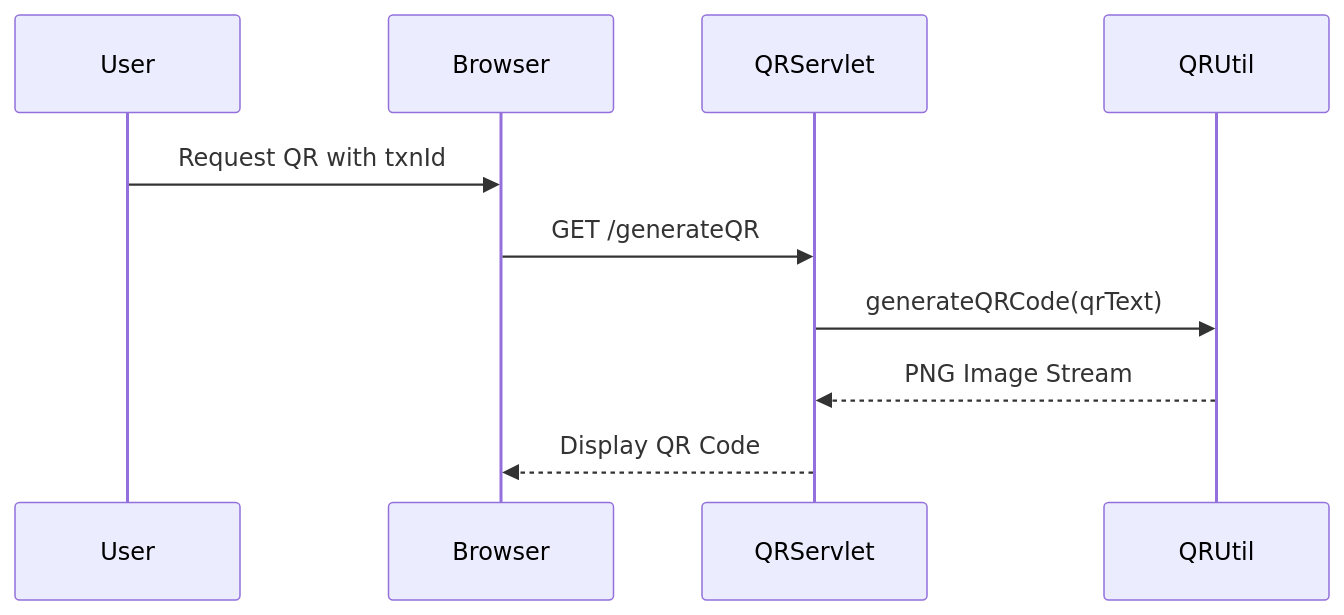
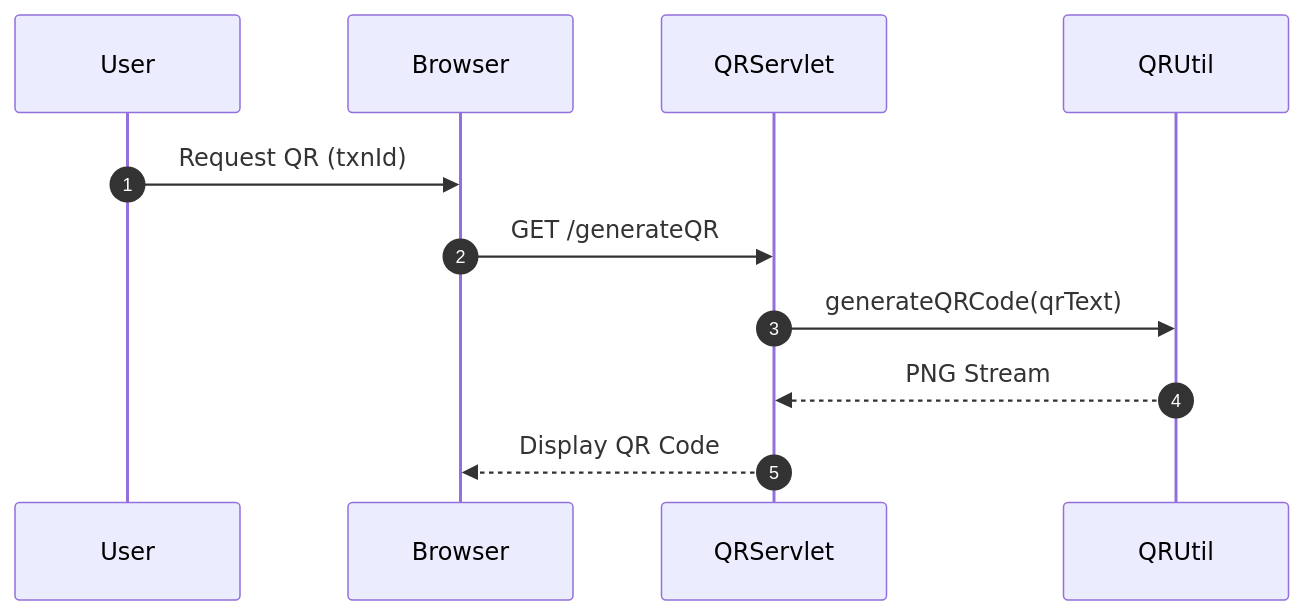
The third of 3 diagrams in Mermaid.md (gowtham2803/Credit_Card_Management_System), drawn with Mermaid before and after one commit. The commit also changed other lines of this file, not shown here.

Commit message:
Improve modern design mermaid diagram.

````diff
--- a/Mermaid.md
+++ b/Mermaid.md
@@ -74,13 +91,15 @@
 ```mermaid
 sequenceDiagram
-    participant User
-    participant Browser
-    participant QRServlet
-    participant QRUtil
+    autonumber
 
-    User->>Browser: Request QR with txnId
-    Browser->>QRServlet: GET /generateQR
-    QRServlet->>QRUtil: generateQRCode(qrText)
-    QRUtil-->>QRServlet: PNG Image Stream
-    QRServlet-->>Browser: Display QR Code
+    participant U as User
+    participant B as Browser
+    participant QS as QRServlet
+    participant QR as QRUtil
+
+    U->>B: Request QR (txnId)
+    B->>QS: GET /generateQR
+    QS->>QR: generateQRCode(qrText)
+    QR-->>QS: PNG Stream
+    QS-->>B: Display QR Code
 ```
````
